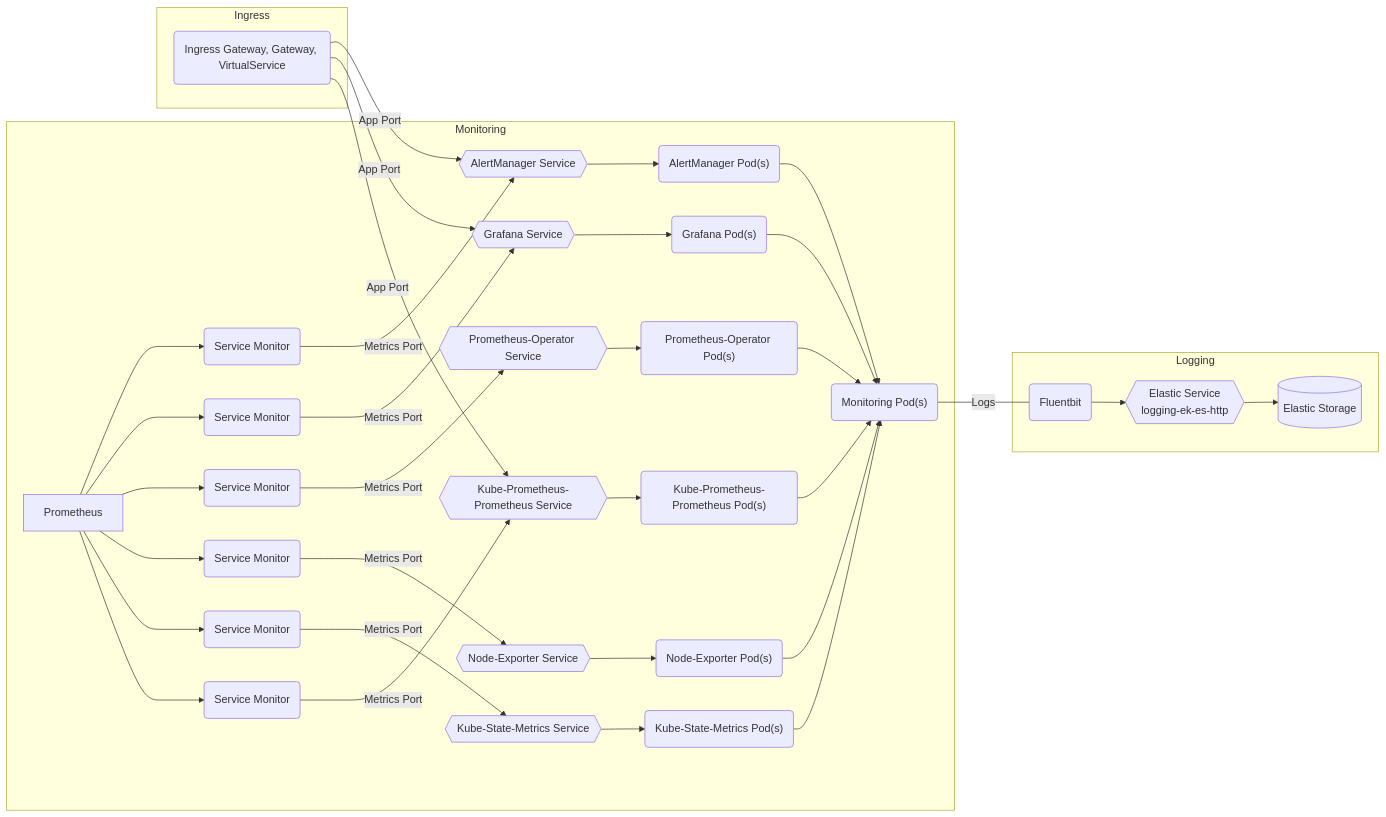
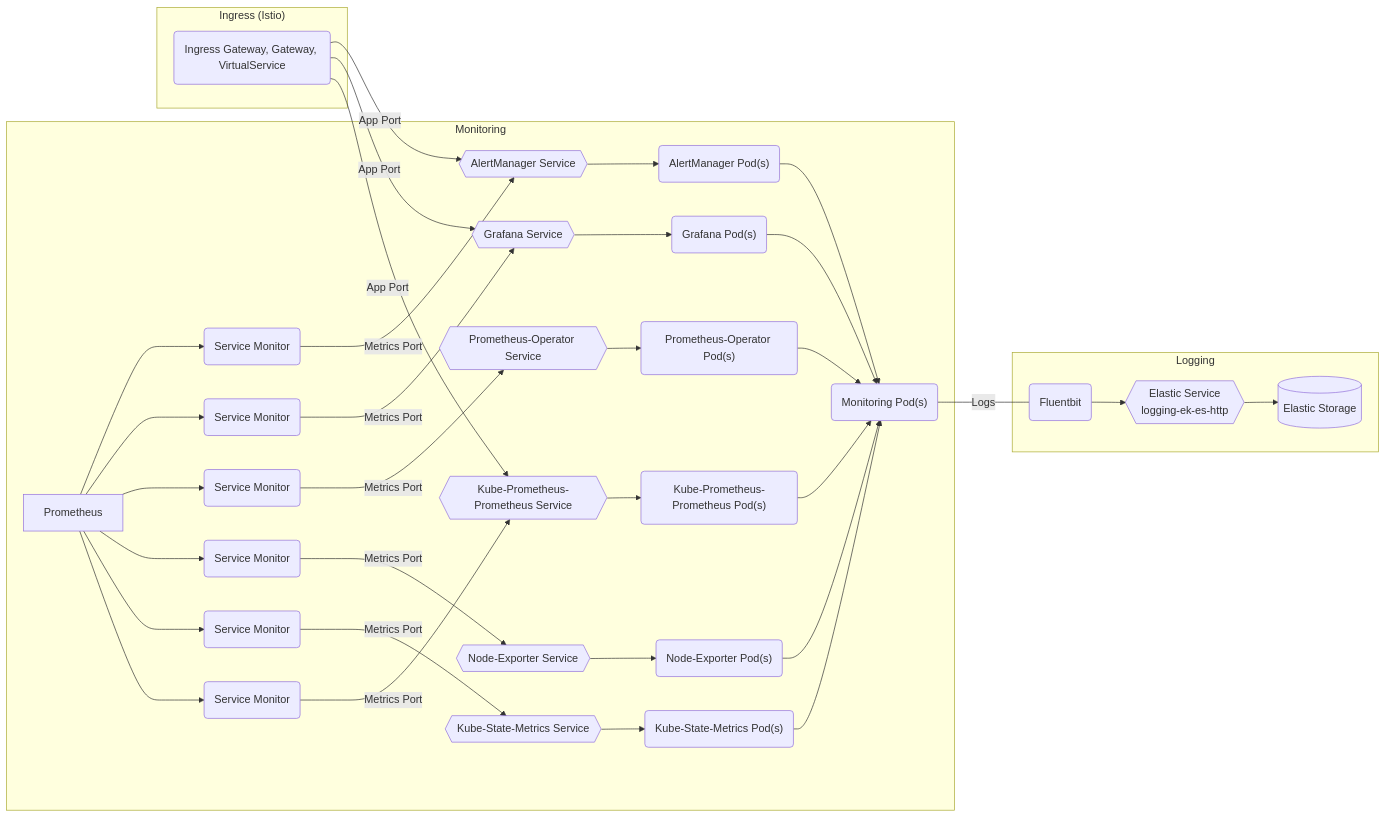
Before and after one commit to rjferguson21/big-bang: the diagram in charter/packages/monitoring/Architecture.md, drawn with Mermaid. The commit also changed other lines of this file, not shown here.

Commit message:
add "istio" to ingress diagram

````diff
--- a/charter/packages/monitoring/Architecture.md
+++ b/charter/packages/monitoring/Architecture.md
@@ -8,40 +8,40 @@
  ```mermaid
 graph LR
   subgraph "Monitoring"
     alertmanagerpods("AlertManager Pod(s)") --> monitoringpods("Monitoring Pod(s)")
     alertmanagerservice{{AlertManager Service}} --> alertmanagerpods("AlertManager Pod(s)")
     alertmanagersvcmonitor("Service Monitor") --"Metrics Port"--> alertmanagerservice
     Prometheus --> alertmanagersvcmonitor("Service Monitor")
     grafanapods("Grafana Pod(s)") --> monitoringpods("Monitoring Pod(s)")
     grafanaservice{{Grafana Service}} --> grafanapods("Grafana Pod(s)")
     grafanasvcmonitor("Service Monitor") --"Metrics Port"--> grafanaservice
     Prometheus --> grafanasvcmonitor("Service Monitor")
     prometheusoperatorpods("Prometheus-Operator Pod(s)") --> monitoringpods("Monitoring Pod(s)")
     prometheusoperatorservice{{Prometheus-Operator Service}} -->  prometheusoperatorpods("Prometheus-Operator Pod(s)")
     prometheusoperatorsvcmonitor("Service Monitor") --"Metrics Port"--> prometheusoperatorservice
     Prometheus --> prometheusoperatorsvcmonitor("Service Monitor")
     nodeexporterpods("Node-Exporter Pod(s)") --> monitoringpods("Monitoring Pod(s)")
     nodeexporterservice{{Node-Exporter Service}} -->  nodeexporterpods("Node-Exporter Pod(s)")
     nodeexportersvcmonitor("Service Monitor") --"Metrics Port"-->  nodeexporterservice
     Prometheus --> nodeexportersvcmonitor("Service Monitor")
     kubestatemetricspods("Kube-State-Metrics Pod(s)") --> monitoringpods("Monitoring Pod(s)")
     kubestatemetricsservice{{Kube-State-Metrics Service}} -->  kubestatemetricspods("Kube-State-Metrics Pod(s)")
     kubestatemetricssvcmonitor("Service Monitor") --"Metrics Port"-->  kubestatemetricsservice
     Prometheus --> kubestatemetricssvcmonitor("Service Monitor")
     kubeprometheuspods("Kube-Prometheus-Prometheus Pod(s)") --> monitoringpods("Monitoring Pod(s)")
     kubeprometheusservice{{Kube-Prometheus-Prometheus Service}} -->  kubeprometheuspods("Kube-Prometheus-Prometheus Pod(s)")
     kubeprometheussvcmonitor("Service Monitor") --"Metrics Port"-->  kubeprometheusservice
     Prometheus --> kubeprometheussvcmonitor("Service Monitor")
   end
 
   subgraph "Logging"
     monitoringpods("Monitoring Pod(s)") ---|Logs|fluent(Fluentbit) --> logging-ek-es-http
     logging-ek-es-http{{Elastic Service<br />logging-ek-es-http}} --> elastic[(Elastic Storage)]
   end
-  subgraph "Ingress"
+  subgraph "Ingress (Istio)"
     ig(Ingress Gateway, Gateway, VirtualService) --"App Port"--> alertmanagerservice
     ig(Ingress Gateway, Gateway, VirtualService) --"App Port"--> grafanaservice
     ig(Ingress Gateway, Gateway, VirtualService) --"App Port"--> kubeprometheusservice
   end 
   
 ```
````
